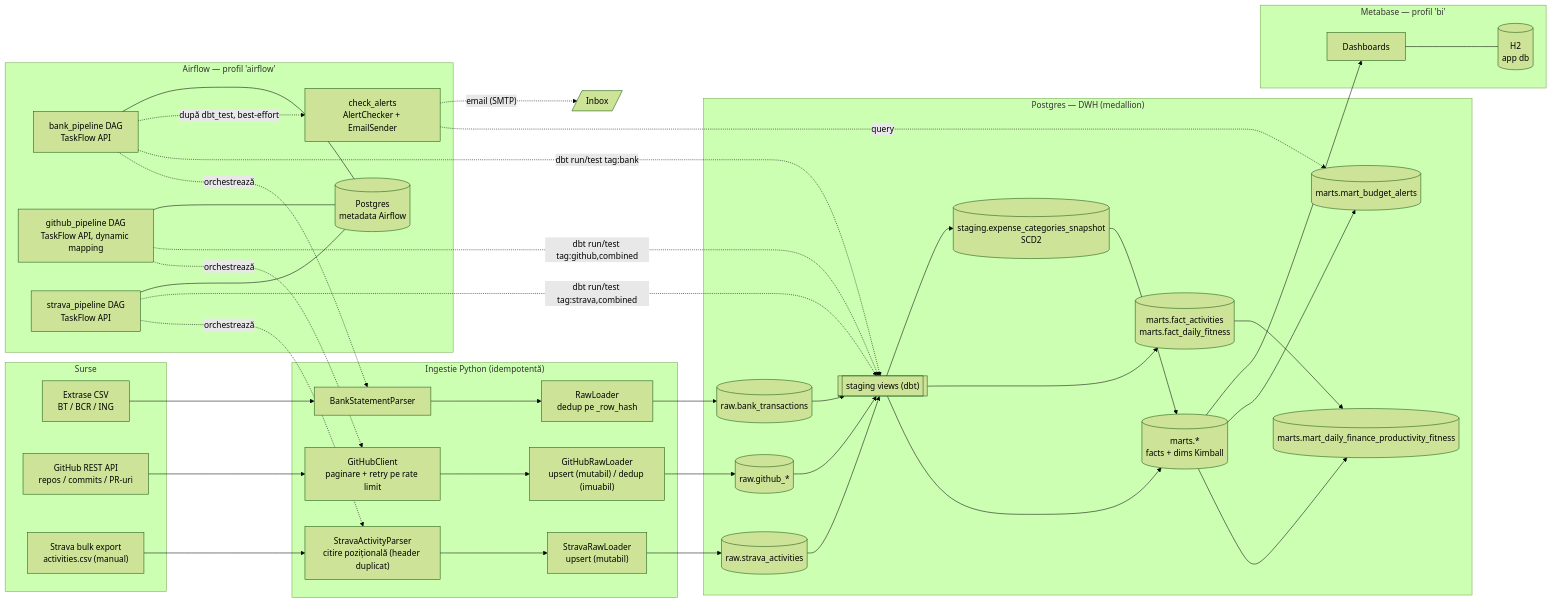
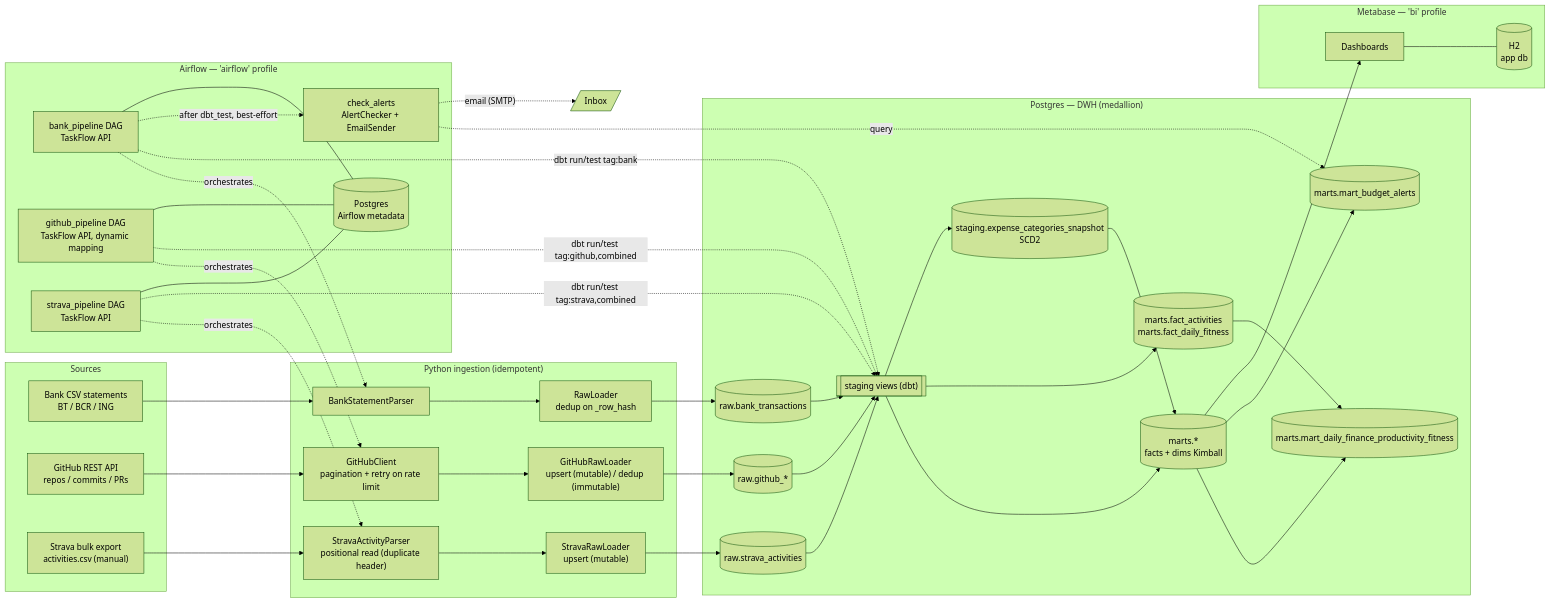
The diagram in README.md (raducugabriel02/dataforge), drawn with Mermaid (forest theme) before and after one commit. The commit also changed other lines of this file and 4 other files, not shown here.

````diff
--- a/README.md
+++ b/README.md
@@ -34,67 +32,67 @@
 ```mermaid
 flowchart LR
-    subgraph src["Surse"]
-        csv["Extrase CSV<br/>BT / BCR / ING"]
-        gh["GitHub REST API<br/>repos / commits / PR-uri"]
+    subgraph src["Sources"]
+        csv["Bank CSV statements<br/>BT / BCR / ING"]
+        gh["GitHub REST API<br/>repos / commits / PRs"]
         strava["Strava bulk export<br/>activities.csv (manual)"]
     end
 
-    subgraph ingest["Ingestie Python (idempotentă)"]
+    subgraph ingest["Python ingestion (idempotent)"]
         parser["BankStatementParser"]
-        loader["RawLoader<br/>dedup pe _row_hash"]
-        ghclient["GitHubClient<br/>paginare + retry pe rate limit"]
-        ghloader["GitHubRawLoader<br/>upsert (mutabil) / dedup (imuabil)"]
-        stravaparser["StravaActivityParser<br/>citire pozițională (header duplicat)"]
-        stravaloader["StravaRawLoader<br/>upsert (mutabil)"]
+        loader["RawLoader<br/>dedup on _row_hash"]
+        ghclient["GitHubClient<br/>pagination + retry on rate limit"]
+        ghloader["GitHubRawLoader<br/>upsert (mutable) / dedup (immutable)"]
+        stravaparser["StravaActivityParser<br/>positional read (duplicate header)"]
+        stravaloader["StravaRawLoader<br/>upsert (mutable)"]
     end
 
     subgraph dwh["Postgres — DWH (medallion)"]
         raw[("raw.bank_transactions")]
         ghraw[("raw.github_*")]
         stravaraw[("raw.strava_activities")]
         staging[["staging views (dbt)"]]
         snapshot[("staging.expense_categories_snapshot<br/>SCD2")]
         marts[("marts.*<br/>facts + dims Kimball")]
         fitnessmart[("marts.fact_activities<br/>marts.fact_daily_fitness")]
         combined[("marts.mart_daily_finance_productivity_fitness")]
         budgetmart[("marts.mart_budget_alerts")]
     end
 
-    subgraph orch["Airflow — profil 'airflow'"]
+    subgraph orch["Airflow — 'airflow' profile"]
         dag["bank_pipeline DAG<br/>TaskFlow API"]
         ghdag["github_pipeline DAG<br/>TaskFlow API, dynamic mapping"]
         stravadag["strava_pipeline DAG<br/>TaskFlow API"]
         alertcheck["check_alerts<br/>AlertChecker + EmailSender"]
-        afdb[("Postgres<br/>metadata Airflow")]
+        afdb[("Postgres<br/>Airflow metadata")]
     end
 
-    subgraph bi["Metabase — profil 'bi'"]
+    subgraph bi["Metabase — 'bi' profile"]
         dash["Dashboards"]
         mbdb[("H2<br/>app db")]
     end
 
     csv --> parser --> loader --> raw
     gh --> ghclient --> ghloader --> ghraw
     strava --> stravaparser --> stravaloader --> stravaraw
     raw --> staging --> marts
     ghraw --> staging
     stravaraw --> staging --> fitnessmart
     staging --> snapshot --> marts
     marts --> combined
     fitnessmart --> combined
     marts --> budgetmart
     marts --> dash
-    dag -. orchestrează .-> parser
+    dag -. orchestrates .-> parser
     dag -. "dbt run/test tag:bank" .-> staging
-    dag -. "după dbt_test, best-effort" .-> alertcheck
+    dag -. "after dbt_test, best-effort" .-> alertcheck
     alertcheck -. query .-> budgetmart
     alertcheck -. "email (SMTP)" .-> email[/"Inbox"/]
-    ghdag -. orchestrează .-> ghclient
+    ghdag -. orchestrates .-> ghclient
     ghdag -. "dbt run/test tag:github,combined" .-> staging
-    stravadag -. orchestrează .-> stravaparser
+    stravadag -. orchestrates .-> stravaparser
     stravadag -. "dbt run/test tag:strava,combined" .-> staging
     dag --- afdb
     ghdag --- afdb
     stravadag --- afdb
     dash --- mbdb
 ```
````
